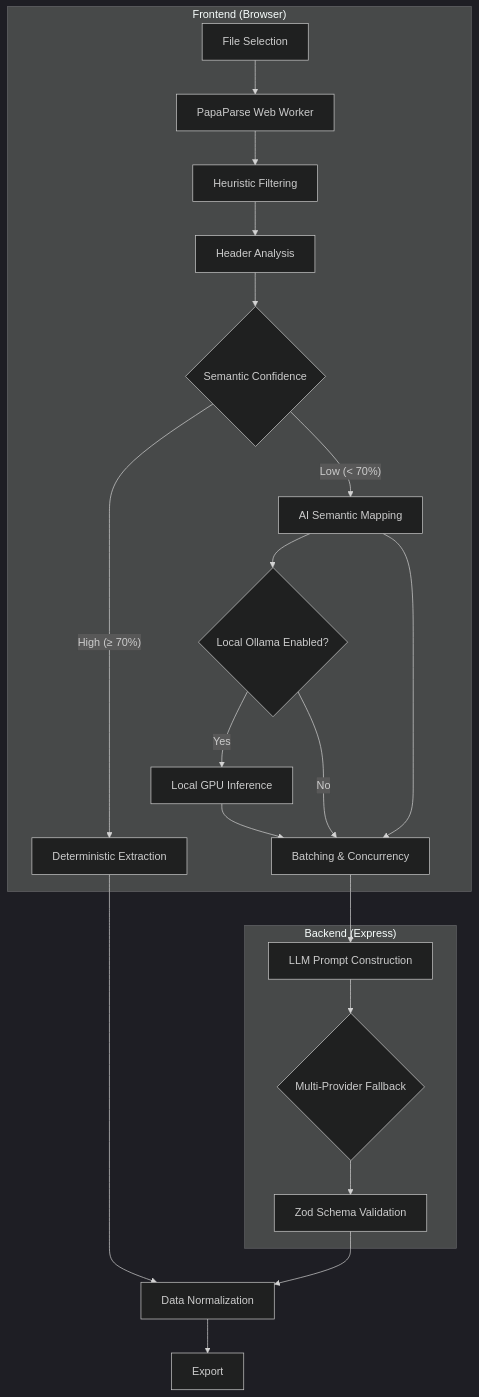
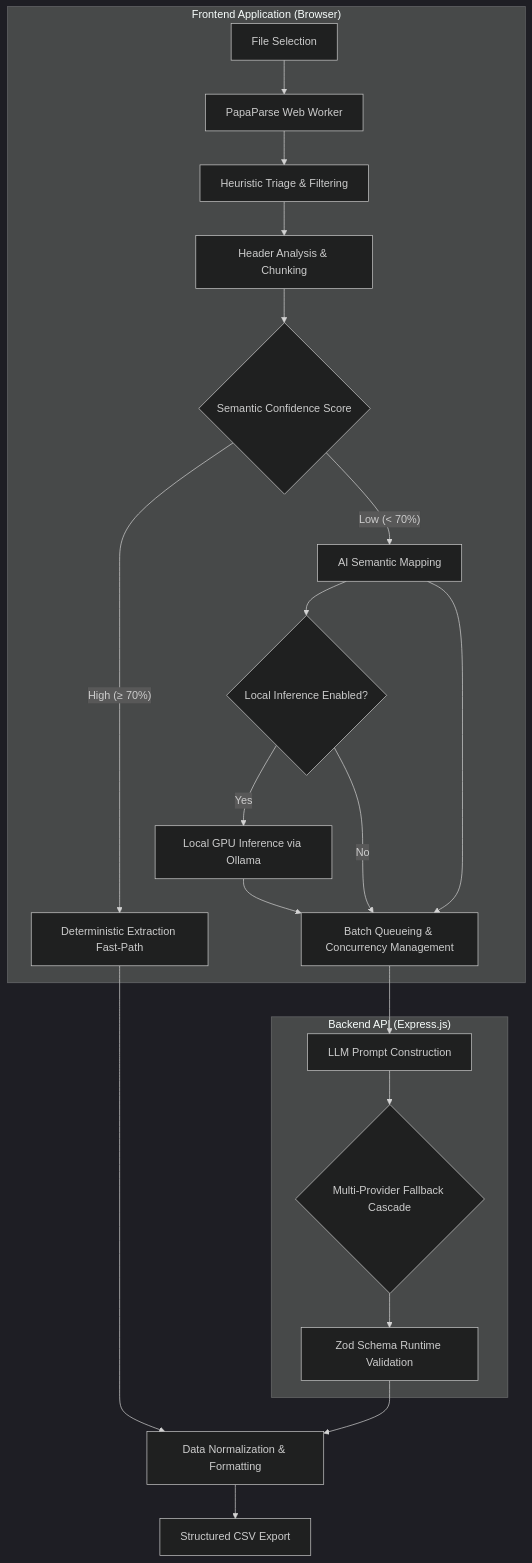
Before and after one commit to notUbaid/GridSense: the diagram in README.md, drawn with Mermaid (dark theme). The commit also changed other lines of this file, not shown here.

````diff
--- a/README.md
+++ b/README.md
@@ -66,26 +32,26 @@
 ```mermaid
 flowchart TD
-    subgraph Client ["Frontend (Browser)"]
+    subgraph Client ["Frontend Application (Browser)"]
         A[File Selection] --> B[PapaParse Web Worker]
-        B --> C[Heuristic Filtering]
-        C --> D[Header Analysis]
-        D --> E{Semantic Confidence}
-        E -- "High (≥ 70%)" --> F[Deterministic Extraction]
+        B --> C[Heuristic Triage & Filtering]
+        C --> D[Header Analysis & Chunking]
+        D --> E{Semantic Confidence Score}
+        E -- "High (≥ 70%)" --> F[Deterministic Extraction Fast-Path]
         E -- "Low (< 70%)" --> G[AI Semantic Mapping]
-        G --> O{Local Ollama Enabled?}
-        O -- "Yes" --> P[Local GPU Inference]
+        G --> O{Local Inference Enabled?}
+        O -- "Yes" --> P[Local GPU Inference via Ollama]
         P --> H
     end
 
-    subgraph Server ["Backend (Express)"]
-        G --> H[Batching & Concurrency]
+    subgraph Server ["Backend API (Express.js)"]
+        G --> H[Batch Queueing & Concurrency Management]
         O -- "No" --> H
         H --> I[LLM Prompt Construction]
-        I --> J{Multi-Provider Fallback}
-        J --> K[Zod Schema Validation]
+        I --> J{Multi-Provider Fallback Cascade}
+        J --> K[Zod Schema Runtime Validation]
     end
 
-    F --> L[Data Normalization]
+    F --> L[Data Normalization & Formatting]
     K --> L
-    L --> M[Export]
+    L --> M[Structured CSV Export]
 ```
````
